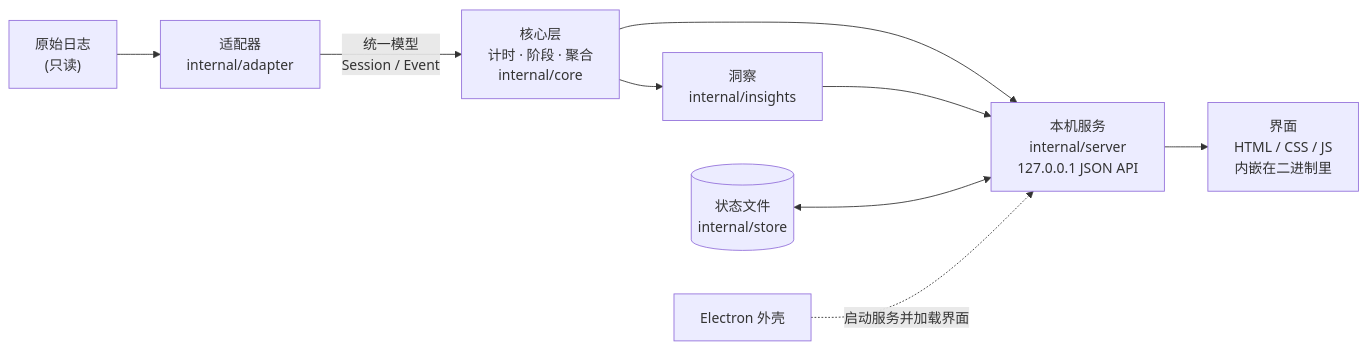
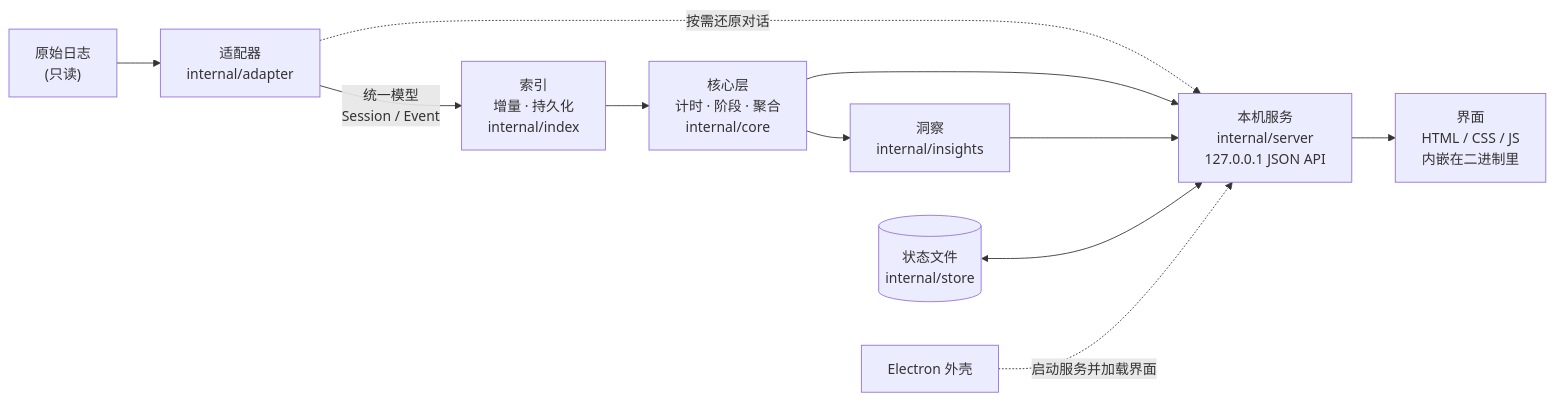
Before and after one commit to crazyjums/timetrace: the diagram in README.md, drawn with Mermaid. The commit also changed other lines of this file and 27 other files, not shown here.

````diff
--- a/README.md
+++ b/README.md
@@ -178,11 +194,13 @@
 ```mermaid
 flowchart LR
     L["原始日志<br/>(只读)"] --> A["适配器<br/>internal/adapter"]
-    A -->|"统一模型<br/>Session / Event"| C["核心层<br/>计时 · 阶段 · 聚合<br/>internal/core"]
+    A -->|"统一模型<br/>Session / Event"| X["索引<br/>增量 · 持久化<br/>internal/index"]
+    X --> C["核心层<br/>计时 · 阶段 · 聚合<br/>internal/core"]
+    A -.->|"按需还原对话"| S
     C --> I["洞察<br/>internal/insights"]
     C --> S["本机服务<br/>internal/server<br/>127.0.0.1 JSON API"]
     I --> S
     ST[("状态文件<br/>internal/store")] <--> S
     S --> W["界面<br/>HTML / CSS / JS<br/>内嵌在二进制里"]
     E["Electron 外壳"] -.->|"启动服务并加载界面"| S
 ```
````
